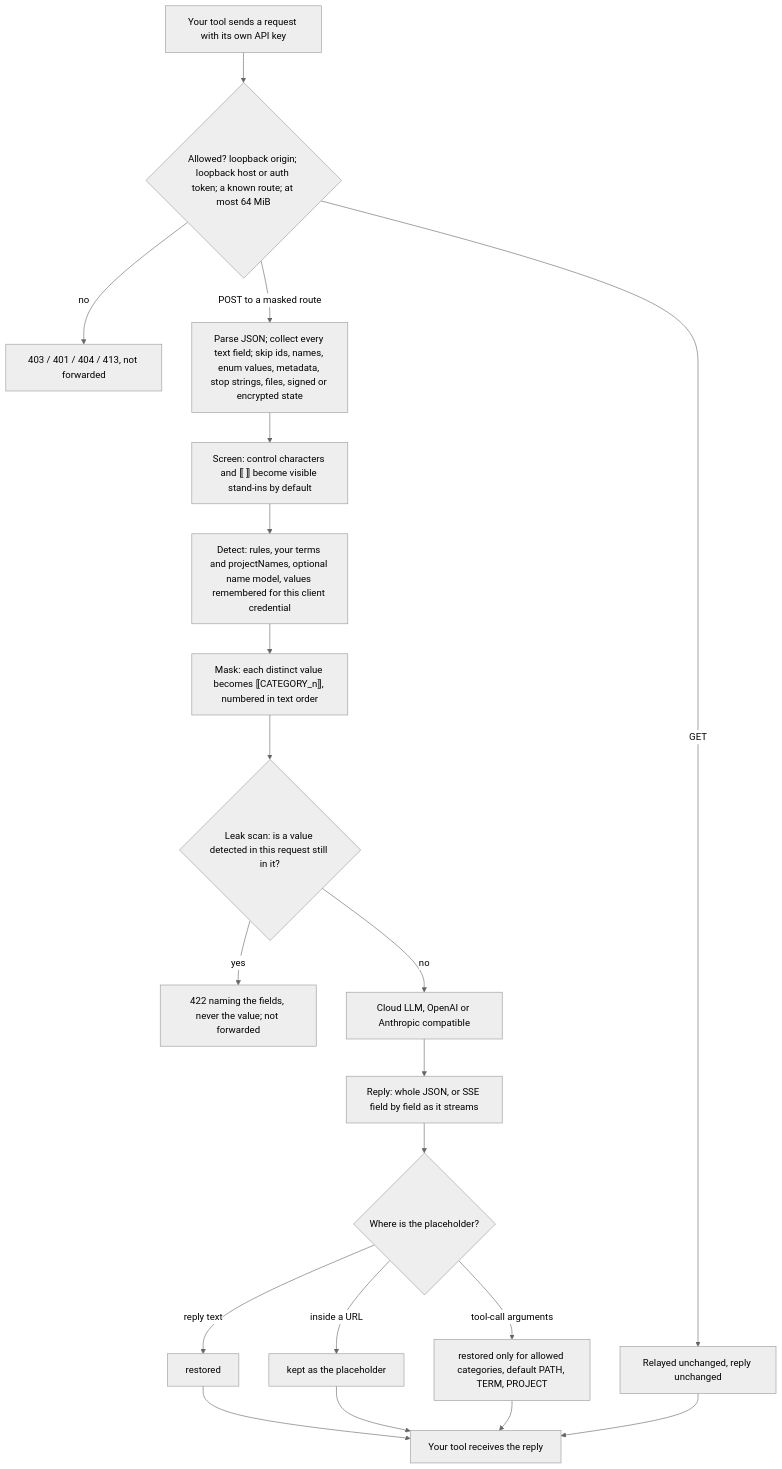
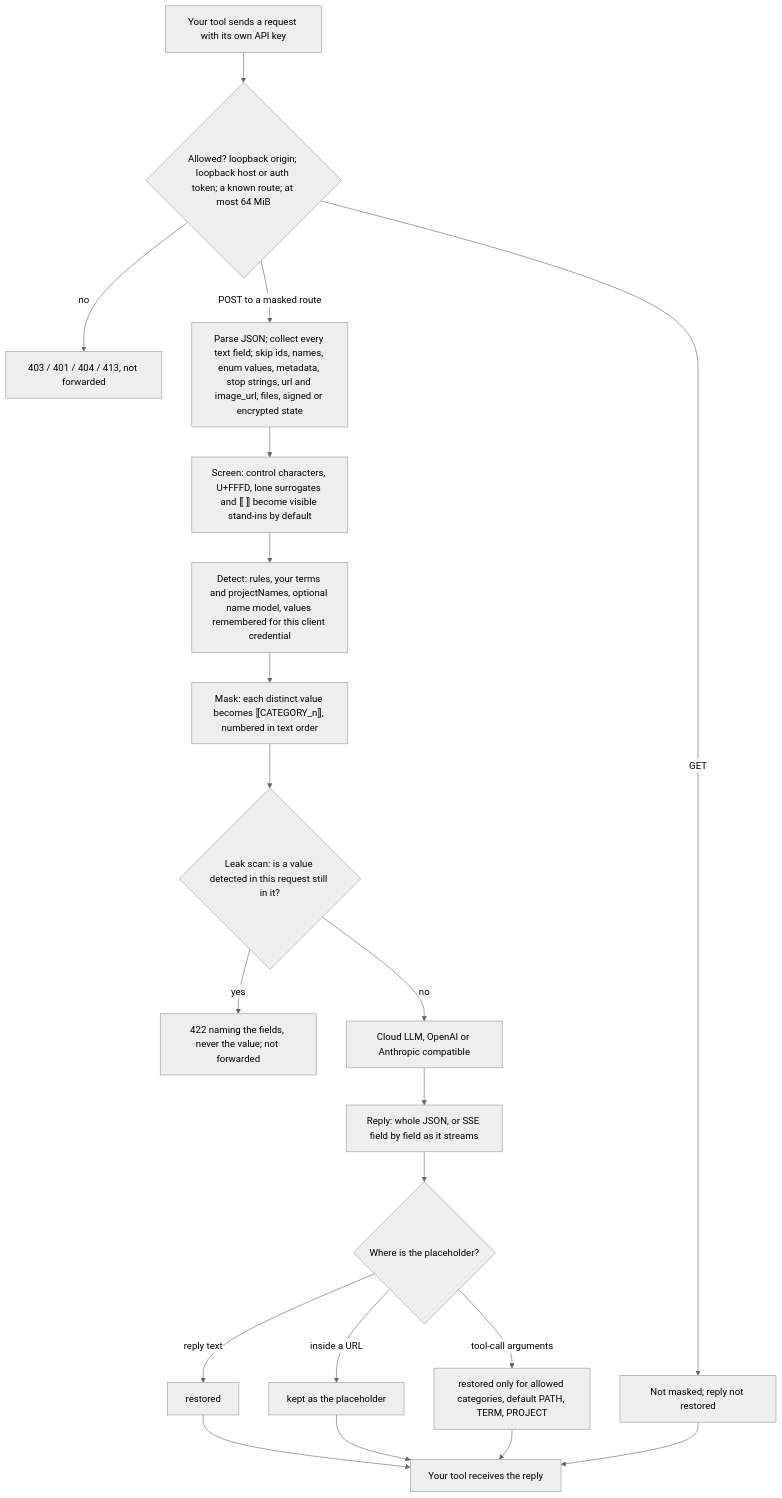
The diagram in README.md (Exestence/redaction-proxy), drawn with Mermaid (neutral theme) before and after one commit. The commit also changed other lines of this file and 5 other files, not shown here.

````diff
--- a/README.md
+++ b/README.md
@@ -145,22 +147,22 @@
 ```mermaid
 flowchart TD
   A["Your tool sends a request with its own API key"] --> B{"Allowed? loopback origin; loopback host or auth token; a known route; at most 64 MiB"}
   B -- "no" --> B2["403 / 401 / 404 / 413, not forwarded"]
-  B -- "GET" --> P["Relayed unchanged, reply unchanged"]
-  B -- "POST to a masked route" --> C["Parse JSON; collect every text field; skip ids, names, enum values, metadata, stop strings, files, signed or encrypted state"]
-  C --> S["Screen: control characters and ⟦ ⟧ become visible stand-ins by default"]
+  B -- "GET" --> P["Not masked; reply not restored"]
+  B -- "POST to a masked route" --> C["Parse JSON; collect every text field; skip ids, names, enum values, metadata, stop strings, url and image_url, files, signed or encrypted state"]
+  C --> S["Screen: control characters, U+FFFD, lone surrogates and ⟦ ⟧ become visible stand-ins by default"]
   S --> D["Detect: rules, your terms and projectNames, optional name model, values remembered for this client credential"]
   D --> E["Mask: each distinct value becomes ⟦CATEGORY_n⟧, numbered in text order"]
   E --> F{"Leak scan: is a value detected in this request still in it?"}
   F -- "yes" --> F2["422 naming the fields, never the value; not forwarded"]
   F -- "no" --> U["Cloud LLM, OpenAI or Anthropic compatible"]
   U --> R["Reply: whole JSON, or SSE field by field as it streams"]
   R --> G{"Where is the placeholder?"}
   G -- "reply text" --> G1["restored"]
   G -- "inside a URL" --> G2["kept as the placeholder"]
   G -- "tool-call arguments" --> G3["restored only for allowed categories, default PATH, TERM, PROJECT"]
   G1 --> Z["Your tool receives the reply"]
   G2 --> Z
   G3 --> Z
   P --> Z
 ```
````
